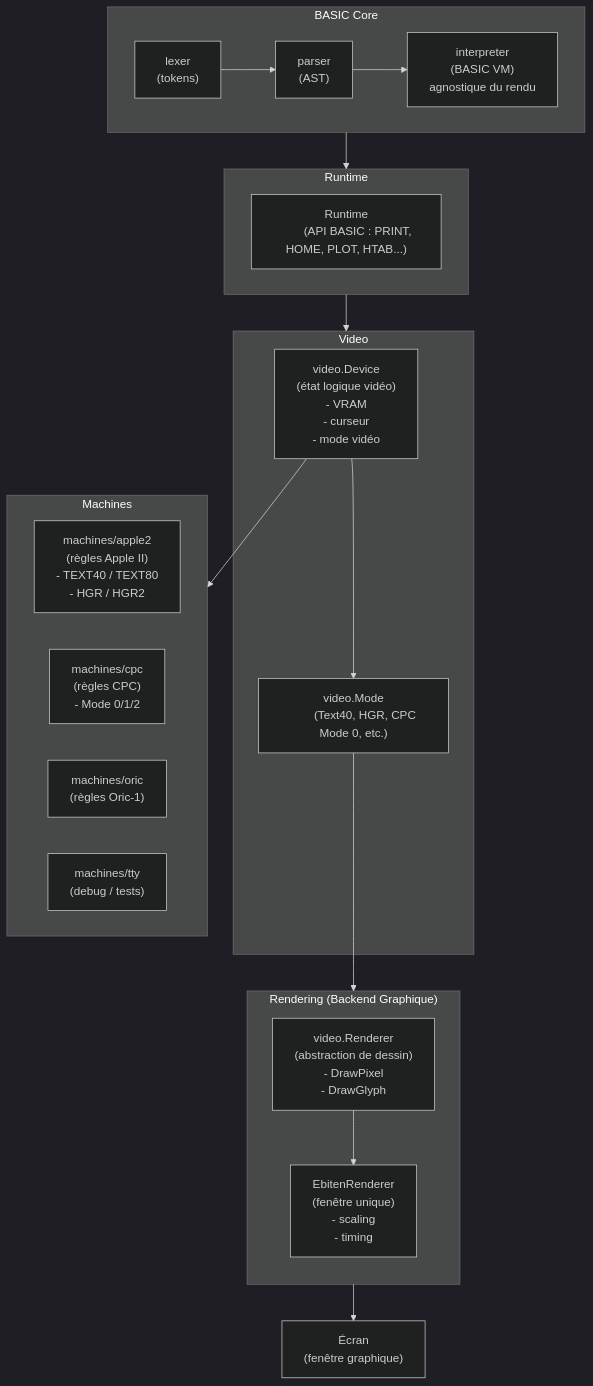
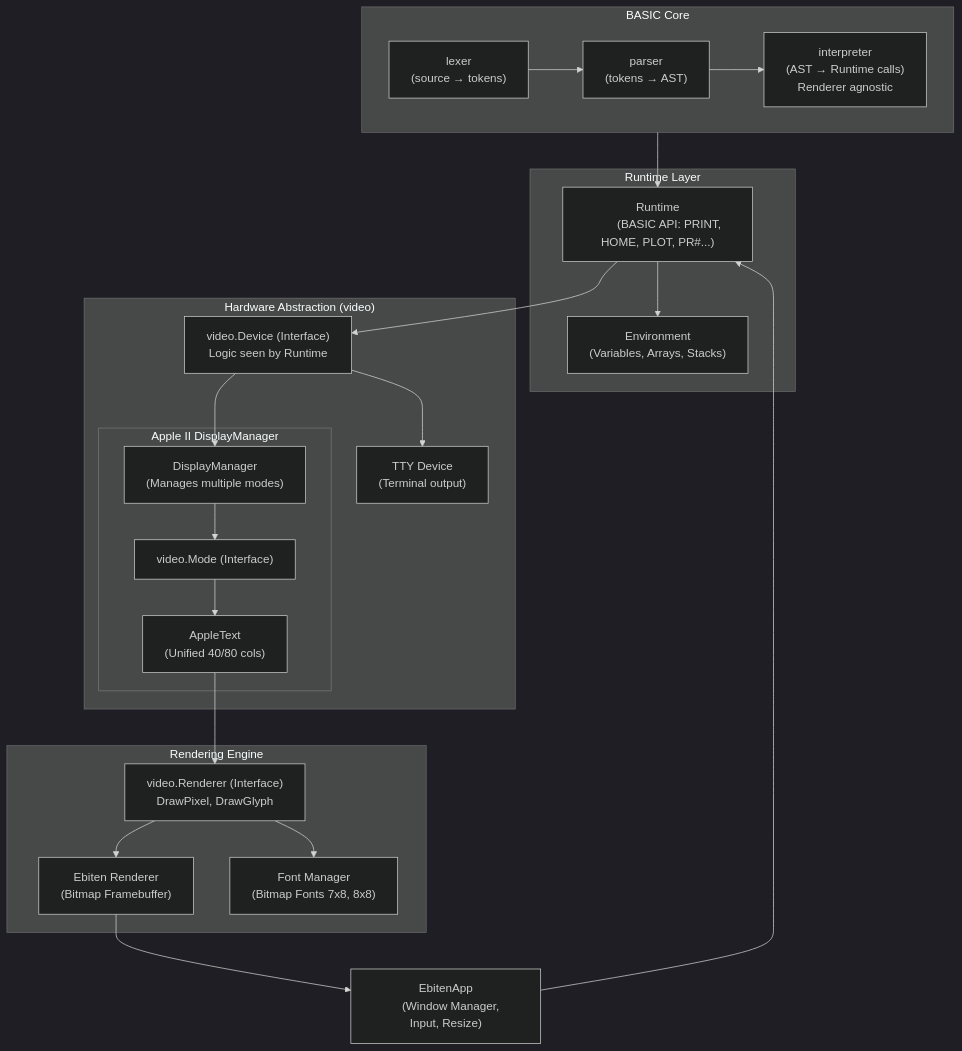
The diagram in architecture.md (ultra-sonic-28/basics), drawn with Mermaid (dark theme) before and after one commit. The commit also changed other lines of this file and 1 other file, not shown here.

````diff
--- a/architecture.md
+++ b/architecture.md
@@ -1,5 +9,4 @@
 ```mermaid
-
 flowchart TB
 
     %% =====================
@@ -7,82 +14,76 @@
     %% =====================
     subgraph BASIC_CORE["BASIC Core"]
         LEXER["lexer
-        (tokens)"]
+        (source → tokens)"]
         PARSER["parser
-        (AST)"]
+        (tokens → AST)"]
         INTERPRETER["interpreter
-        (BASIC VM)
-        agnostique du rendu"]
+        (AST → Runtime calls)
+        Renderer agnostic"]
     end
 
     LEXER --> PARSER
     PARSER --> INTERPRETER
 
     %% =====================
-    %% RUNTIME
+    %% RUNTIME & ENVIRONMENT
     %% =====================
-    subgraph RUNTIME["Runtime"]
+    subgraph RUNTIME_LAYER["Runtime Layer"]
         RT["Runtime
-        (API BASIC : PRINT, HOME, PLOT, HTAB...)"]
+        (BASIC API: PRINT, HOME, PLOT, PR#...)"]
+        ENV["Environment
+        (Variables, Arrays, Stacks)"]
     end
 
-    BASIC_CORE --> RUNTIME
+    BASIC_CORE --> RT
+    RT --> ENV
 
     %% =====================
-    %% VIDEO ABSTRACTION
+    %% HARDWARE ABSTRACTION
     %% =====================
-    subgraph VIDEO["Video"]
-        DEVICE["video.Device
-        (état logique vidéo)
-        - VRAM
-        - curseur
-        - mode vidéo"]
-        MODE["video.Mode
-        (Text40, HGR, CPC Mode 0, etc.)"]
+    subgraph HARDWARE_LAYER["Hardware Abstraction (video)"]
+        DEVICE_IF["video.Device (Interface)
+        Logic seen by Runtime"]
+        
+        subgraph APPLE2_DM["Apple II DisplayManager"]
+            DM["DisplayManager
+            (Manages multiple modes)"]
+            MODE_IF["video.Mode (Interface)"]
+            APPLE_TEXT["AppleText
+            (Unified 40/80 cols)"]
+        end
+        
+        TTY["TTY Device
+        (Terminal output)"]
     end
 
-    RUNTIME --> VIDEO
-    DEVICE --> MODE
+    RT --> DEVICE_IF
+    DEVICE_IF --> DM
+    DEVICE_IF --> TTY
+    DM --> MODE_IF
+    MODE_IF --> APPLE_TEXT
 
     %% =====================
-    %% MACHINE ABSTRACTION
+    %% RENDERING ENGINE
     %% =====================
-    subgraph MACHINES["Machines"]
-        APPLE2["machines/apple2
-        (règles Apple II)
-        - TEXT40 / TEXT80\n- HGR / HGR2"]
-        CPC["machines/cpc
-        (règles CPC)
-        - Mode 0/1/2"]
-        ORIC["machines/oric
-        (règles Oric-1)"]
-        TTY["machines/tty
-        (debug / tests)"]
+    subgraph RENDERING_LAYER["Rendering Engine"]
+        V_RENDERER["video.Renderer (Interface)
+        DrawPixel, DrawGlyph"]
+        EBITEN_REND["Ebiten Renderer
+        (Bitmap Framebuffer)"]
+        FONT_MGR["Font Manager
+        (Bitmap Fonts 7x8, 8x8)"]
     end
 
-    DEVICE --> MACHINES
+    APPLE_TEXT --> V_RENDERER
+    V_RENDERER --> EBITEN_REND
+    V_RENDERER --> FONT_MGR
 
     %% =====================
-    %% RENDERING
+    %% EXECUTION HOST
     %% =====================
-    subgraph RENDERING["Rendering (Backend Graphique)"]
-        direction TB
-        RENDERER["video.Renderer
-        (abstraction de dessin)
-        - DrawPixel
-        - DrawGlyph"]
-        EBITEN["EbitenRenderer
-        (fenêtre unique)
-        - scaling
-        - timing"]
-    end
-
-    MODE --> RENDERING
-    RENDERER --> EBITEN
-
-    %% =====================
-    %% OUTPUT
-    %% =====================
-    RENDERING --> SCREEN["Écran
-    (fenêtre graphique)"]
+    EBITEN_APP["EbitenApp
+    (Window Manager, Input, Resize)"]
+    EBITEN_APP --> RT
+    EBITEN_REND --> EBITEN_APP
 ```
````
